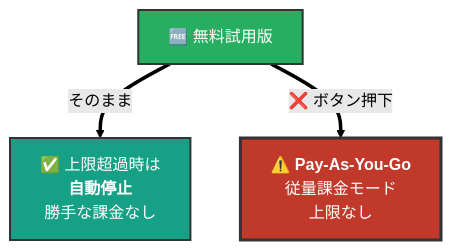
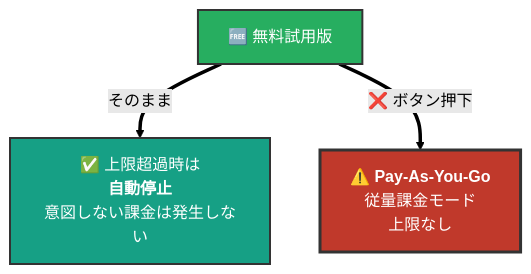
One commit to kasuyaofcb/tech_docs changed the eighth of 35 diagrams in azure/azure.md. Above: the diagram before and after it, drawn with Mermaid (forest theme). The commit also changed other lines of this file and 1 other file, not shown here.

````diff
--- a/azure/azure.md
+++ b/azure/azure.md
@@ -196,9 +196,9 @@
 ```mermaid
 flowchart TB
-    A["🆓 無料試用版"] ==>|"そのまま"| B["✅ 上限超過時は<br/><b>自動停止</b><br/>勝手な課金なし"]
+    A["🆓 無料試用版"] ==>|"そのまま"| B["✅ 上限超過時は<br/><b>自動停止</b><br/>意図しない課金は発生しない"]
     A ==>|"❌ ボタン押下"| C["⚠️ <b>Pay-As-You-Go</b><br/>従量課金モード<br/>上限なし"]
 
     style A fill:#27AE60,color:#FFFFFF,stroke:#333,stroke-width:2px
     style B fill:#16A085,color:#FFFFFF,stroke:#333,stroke-width:2px
     style C fill:#C0392B,color:#FFFFFF,stroke:#333,stroke-width:3px
 ```
````
